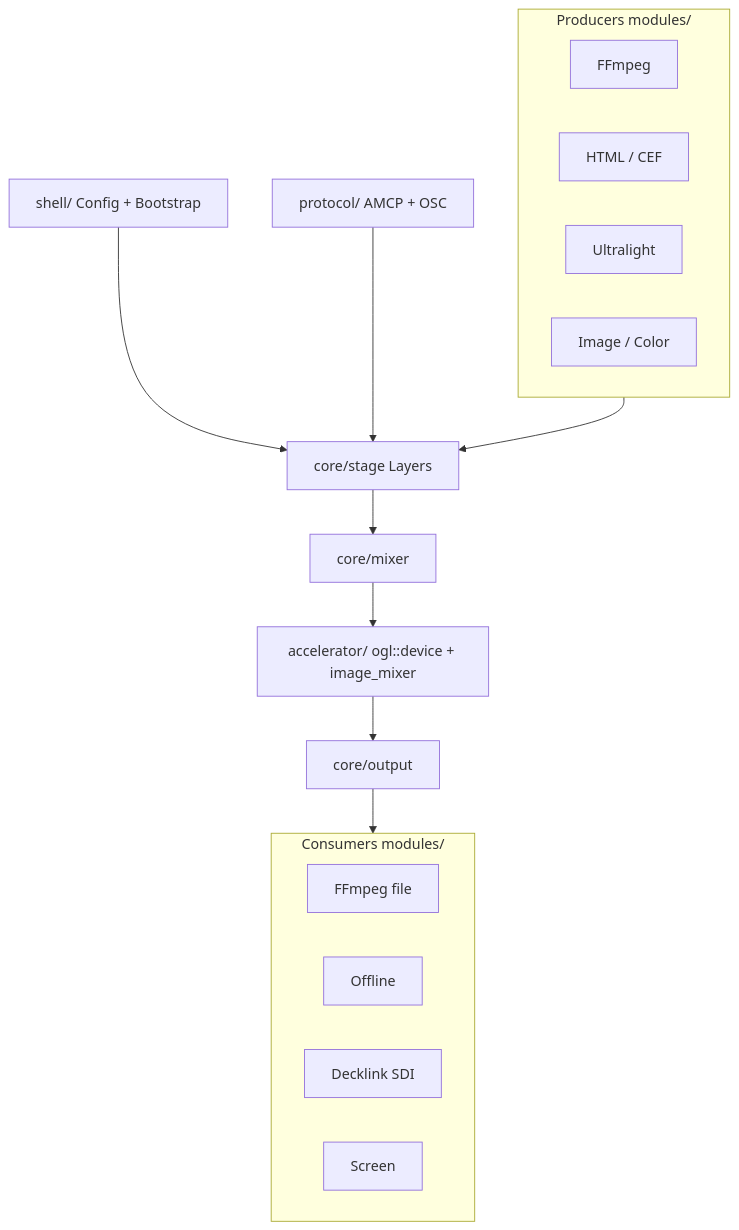
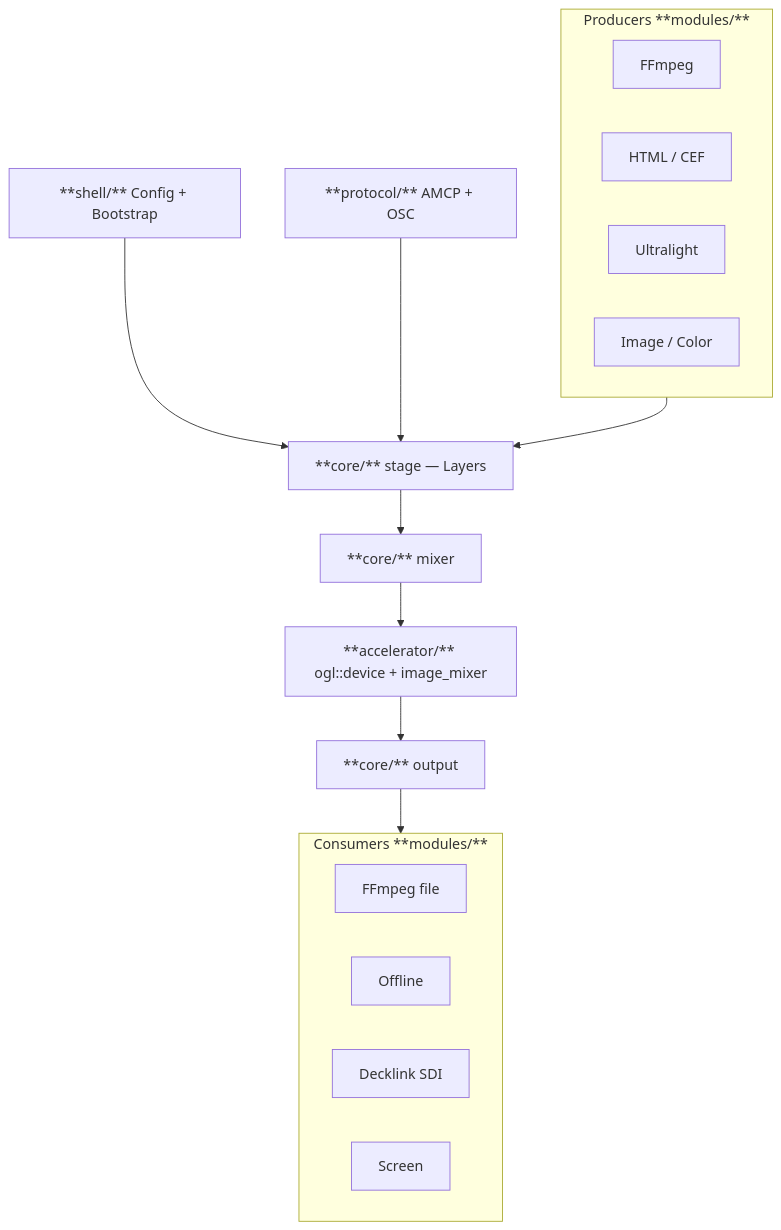
Before and after one commit to den-frie-vilje/casparCG: the first of 10 diagrams in docs/architecture.md, drawn with Mermaid.

Commit message:
docs: emphasize folder names in architecture diagram

````diff
--- a/docs/architecture.md
+++ b/docs/architecture.md
@@ -31,31 +31,31 @@
 ```mermaid
 graph TD
-    SHELL[shell/ Config + Bootstrap]
-    AMCP[protocol/ AMCP + OSC]
+    SHELL["**shell/** Config + Bootstrap"]
+    AMCP["**protocol/** AMCP + OSC"]
 
     SHELL --> STAGE
     AMCP --> STAGE
 
-    subgraph producers["Producers modules/"]
+    subgraph producers["Producers **modules/**"]
         FFPROD[FFmpeg]
         HTMLPROD[HTML / CEF]
         ULPROD[Ultralight]
         IMGPROD[Image / Color]
     end
 
     producers --> STAGE
 
-    STAGE[core/stage Layers]
-    STAGE --> MIXER[core/mixer]
-    MIXER --> OGL[accelerator/ ogl::device + image_mixer]
-    OGL --> OUTPUT[core/output]
+    STAGE["**core/** stage — Layers"]
+    STAGE --> MIXER["**core/** mixer"]
+    MIXER --> OGL["**accelerator/** ogl::device + image_mixer"]
+    OGL --> OUTPUT["**core/** output"]
 
-    subgraph consumers["Consumers modules/"]
+    subgraph consumers["Consumers **modules/**"]
         FFCONS[FFmpeg file]
         OFFCONS[Offline]
         DECK[Decklink SDI]
         SCREEN[Screen]
     end
 
     OUTPUT --> consumers
 ```
````
